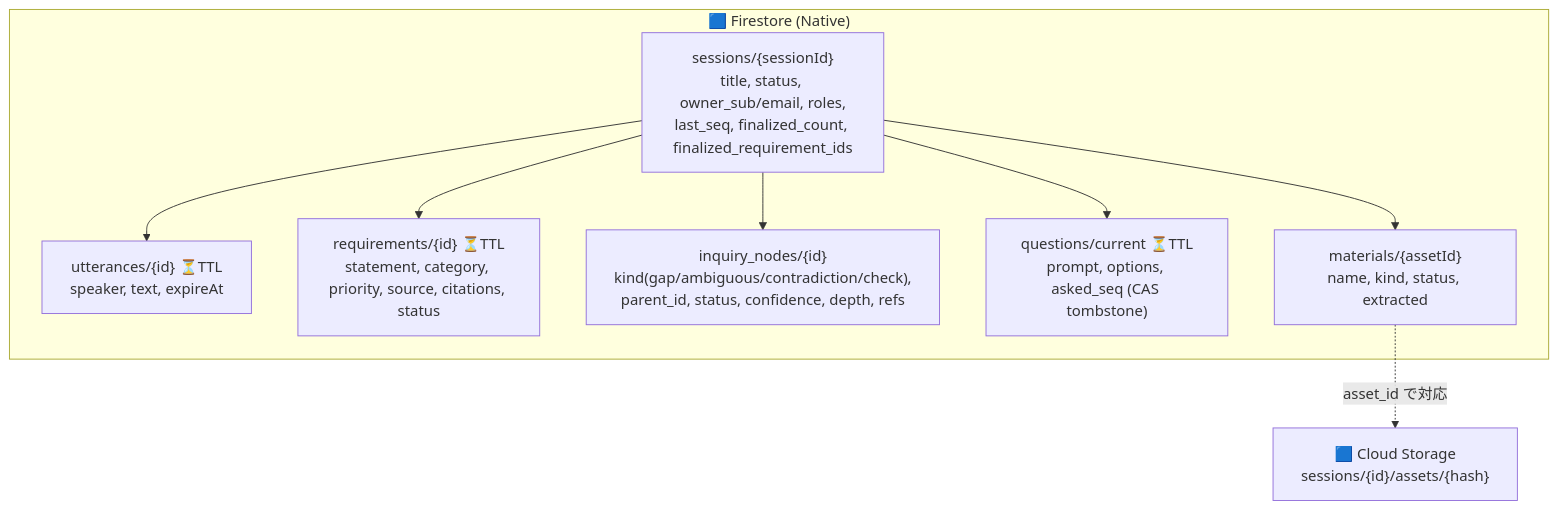
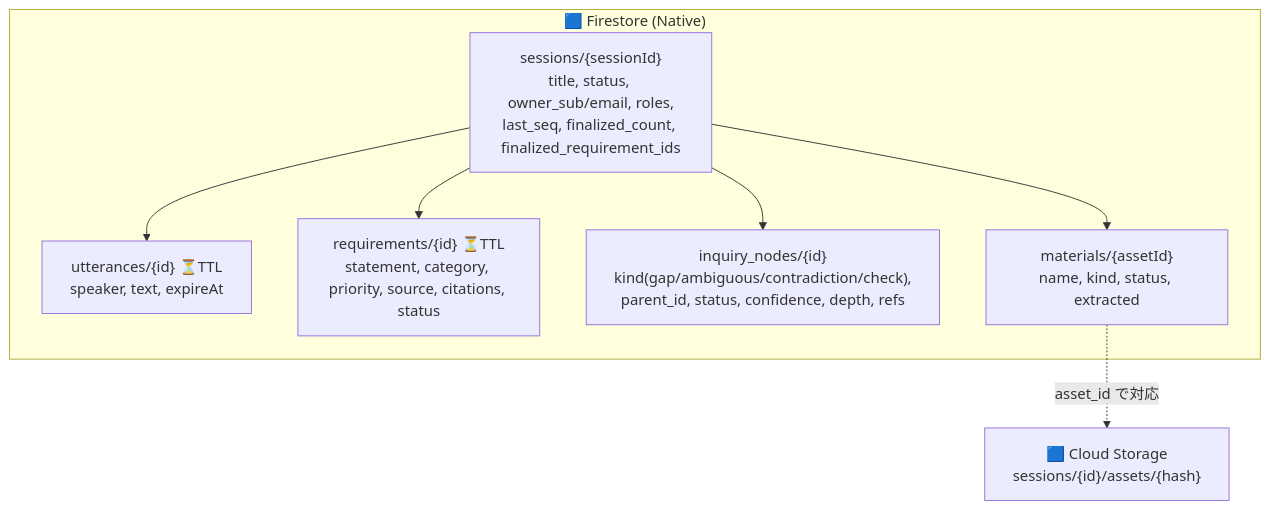
Diagram 11 of 13 in docs/reference/architecture-analysis.md (godhuu0505/sanba), drawn with Mermaid before and after one commit. The commit also changed other lines of this file and 42 other files, not shown here.

````diff
--- a/docs/reference/architecture-analysis.md
+++ b/docs/reference/architecture-analysis.md
@@ -481,18 +481,16 @@
 ```mermaid
 flowchart TB
   subgraph fs["🟦 Firestore (Native)"]
     S["sessions/{sessionId}<br/>title, status, owner_sub/email, roles,<br/>last_seq, finalized_count, finalized_requirement_ids"]
     U["utterances/{id} ⏳TTL<br/>speaker, text, expireAt"]
     R["requirements/{id} ⏳TTL<br/>statement, category, priority, source, citations, status"]
     D["inquiry_nodes/{id}<br/>kind(gap/ambiguous/contradiction/check),<br/>parent_id, status, confidence, depth, refs"]
-    Q["questions/current ⏳TTL<br/>prompt, options, asked_seq (CAS tombstone)"]
     M["materials/{assetId}<br/>name, kind, status, extracted"]
     S --> U
     S --> R
     S --> D
-    S --> Q
     S --> M
   end
   GCS["🟦 Cloud Storage<br/>sessions/{id}/assets/{hash}"]
   M -. "asset_id で対応" .-> GCS
 ```
````
